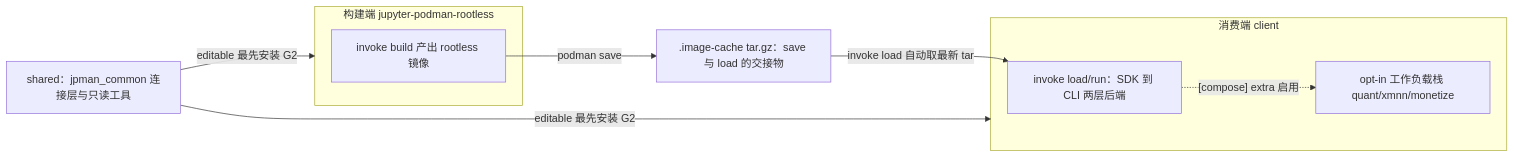
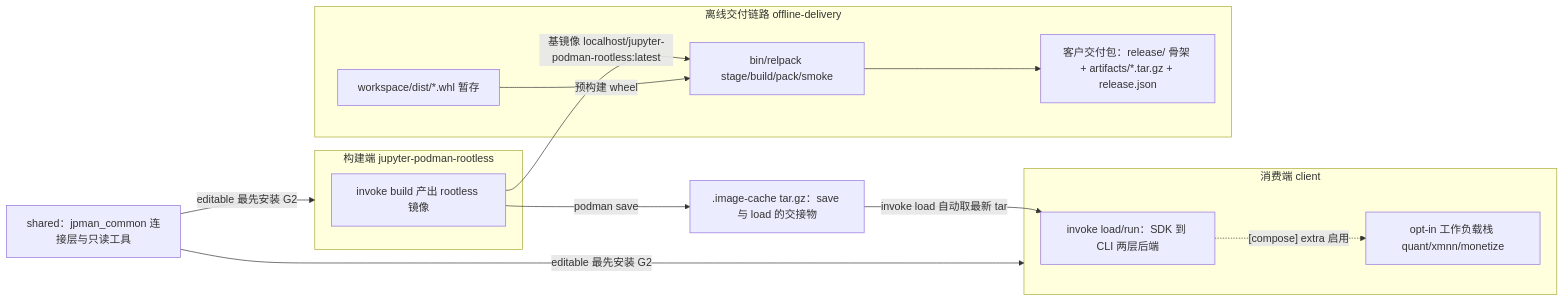
One commit to xinetzone/SpecWeave changed the diagram in apps/containers/docs/00-overview.md. Above: the diagram before and after it, drawn with Mermaid. The commit also changed other lines of this file and 73 other files, not shown here.

First line of the commit message:
refactor(containers): 客户离线交付链路迁出 client，独立为 offline-delivery 应用

````diff
--- a/apps/containers/docs/00-overview.md
+++ b/apps/containers/docs/00-overview.md
@@ -25,17 +26,25 @@
 ```mermaid
 flowchart LR
     subgraph Build["构建端 jupyter-podman-rootless"]
         B["invoke build 产出 rootless 镜像"]
     end
     Cache[".image-cache tar.gz：save 与 load 的交接物"]
     subgraph Consume["消费端 client"]
         C["invoke load/run：SDK 到 CLI 两层后端"]
         O["opt-in 工作负载栈 quant/xmnn/monetize"]
     end
     Shared["shared：jpman_common 连接层与只读工具"]
+    subgraph Delivery["离线交付链路 offline-delivery"]
+        W["workspace/dist/*.whl 暂存"]
+        D["bin/relpack stage/build/pack/smoke"]
+        Rel["客户交付包：release/ 骨架 + artifacts/*.tar.gz + release.json"]
+    end
     B -->|"podman save"| Cache
     Cache -->|"invoke load 自动取最新 tar"| C
     C -.->|"[compose] extra 启用"| O
     Shared -->|"editable 最先安装 G2"| Build
     Shared -->|"editable 最先安装 G2"| Consume
+    B -->|"基镜像 localhost/jupyter-podman-rootless:latest"| D
+    W -->|"预构建 wheel"| D
+    D --> Rel
 ```
````
